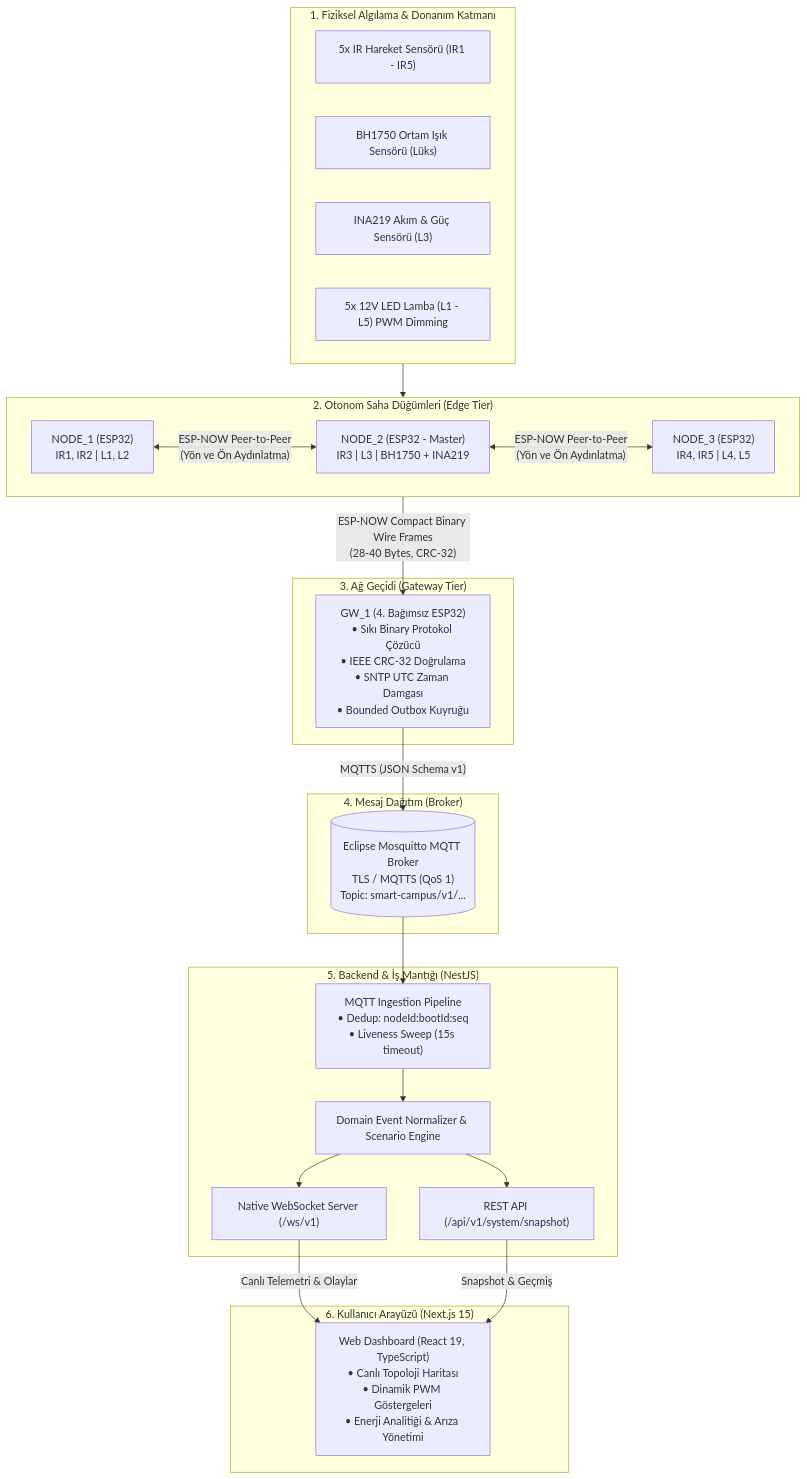
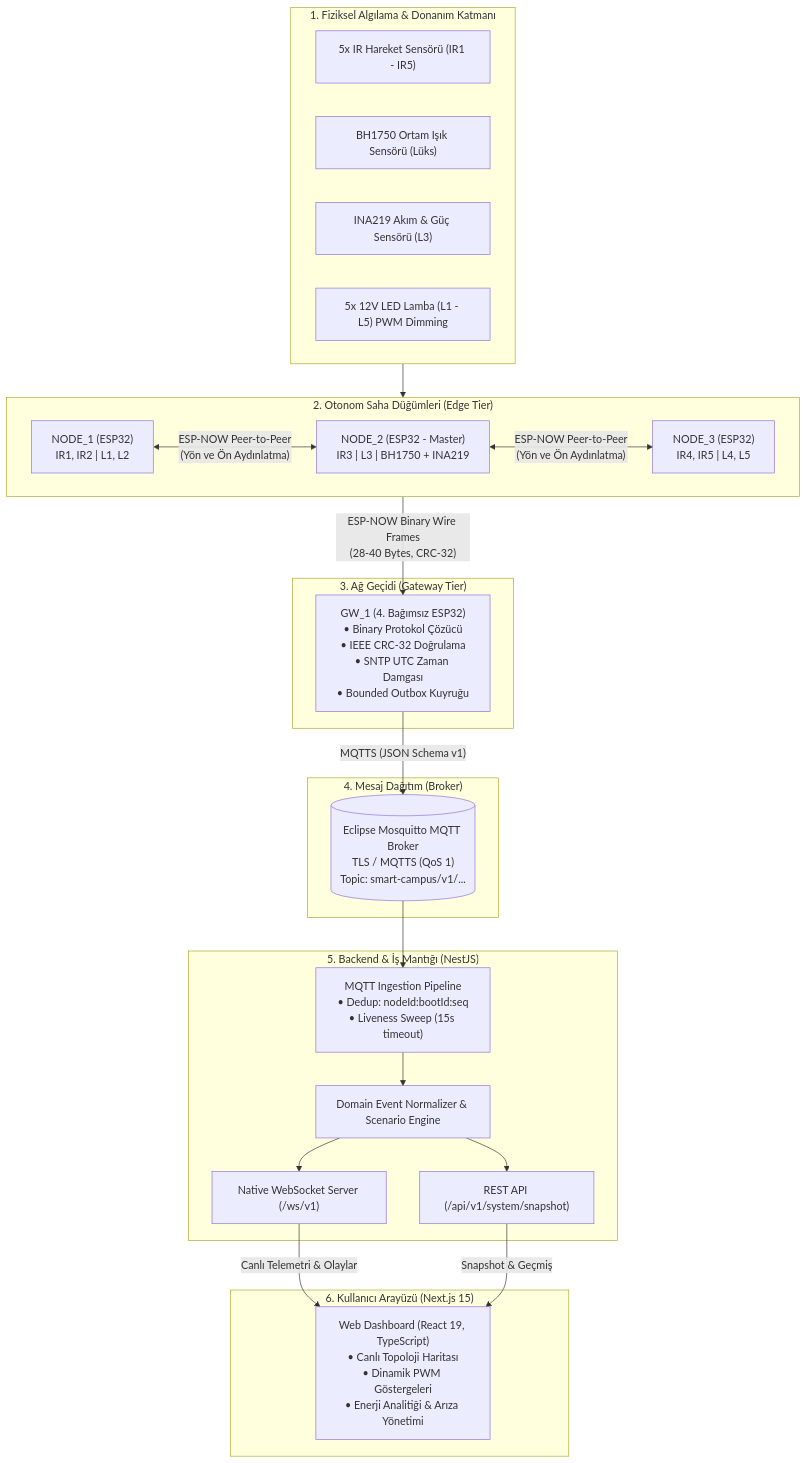
Before and after one commit to osmnmlh/smart-campus-adaptive-lighting: the diagram in README.md, drawn with Mermaid. The commit also changed other lines of this file and 1 other file, not shown here.

Commit message:
docs: add MIT license, industrial gap analysis, lighting standards (EN 13201/IEEE 1789), and refine technical tone

````diff
--- a/README.md
+++ b/README.md
@@ -82,47 +123,47 @@
 ```mermaid
 flowchart TD
     subgraph SENSOR_TIER["1. Fiziksel Algılama & Donanım Katmanı"]
         IR["5x IR Hareket Sensörü (IR1 - IR5)"]
         BH["BH1750 Ortam Işık Sensörü (Lüks)"]
         INA["INA219 Akım & Güç Sensörü (L3)"]
         LEDS["5x 12V LED Lamba (L1 - L5) PWM Dimming"]
     end
 
     subgraph NODE_TIER["2. Otonom Saha Düğümleri (Edge Tier)"]
         N1["NODE_1 (ESP32)<br/>IR1, IR2 | L1, L2"]
         N2["NODE_2 (ESP32 - Master)<br/>IR3 | L3 | BH1750 + INA219"]
         N3["NODE_3 (ESP32)<br/>IR4, IR5 | L4, L5"]
         
         N1 <-->|"ESP-NOW Peer-to-Peer<br/>(Yön ve Ön Aydınlatma)"| N2
         N2 <-->|"ESP-NOW Peer-to-Peer<br/>(Yön ve Ön Aydınlatma)"| N3
     end
 
     subgraph GATEWAY_TIER["3. Ağ Geçidi (Gateway Tier)"]
-        GW["GW_1 (4. Bağımsız ESP32)<br/>• Sıkı Binary Protokol Çözücü<br/>• IEEE CRC-32 Doğrulama<br/>• SNTP UTC Zaman Damgası<br/>• Bounded Outbox Kuyruğu"]
+        GW["GW_1 (4. Bağımsız ESP32)<br/>• Binary Protokol Çözücü<br/>• IEEE CRC-32 Doğrulama<br/>• SNTP UTC Zaman Damgası<br/>• Bounded Outbox Kuyruğu"]
     end
 
     subgraph BROKER_TIER["4. Mesaj Dağıtım (Broker)"]
         MQTT[("Eclipse Mosquitto MQTT Broker<br/>TLS / MQTTS (QoS 1)<br/>Topic: smart-campus/v1/...")]
     end
 
     subgraph BACKEND_TIER["5. Backend & İş Mantığı (NestJS)"]
         INGEST["MQTT Ingestion Pipeline<br/>• Dedup: nodeId:bootId:seq<br/>• Liveness Sweep (15s timeout)"]
         ENGINE["Domain Event Normalizer & Scenario Engine"]
         REST["REST API (/api/v1/system/snapshot)"]
         WS_SRV["Native WebSocket Server (/ws/v1)"]
     end
 
     subgraph FRONTEND_TIER["6. Kullanıcı Arayüzü (Next.js 15)"]
         UI["Web Dashboard (React 19, TypeScript)<br/>• Canlı Topoloji Haritası<br/>• Dinamik PWM Göstergeleri<br/>• Enerji Analitiği & Arıza Yönetimi"]
     end
 
     SENSOR_TIER --> NODE_TIER
-    NODE_TIER -->|"ESP-NOW Compact Binary Wire Frames<br/>(28-40 Bytes, CRC-32)"| GW
+    NODE_TIER -->|"ESP-NOW Binary Wire Frames<br/>(28-40 Bytes, CRC-32)"| GW
     GW -->|"MQTTS (JSON Schema v1)"| MQTT
     MQTT --> INGEST
     INGEST --> ENGINE
     ENGINE --> REST
     ENGINE --> WS_SRV
     WS_SRV -->|"Canlı Telemetri & Olaylar"| UI
     REST -->|"Snapshot & Geçmiş"| UI
 ```
````
